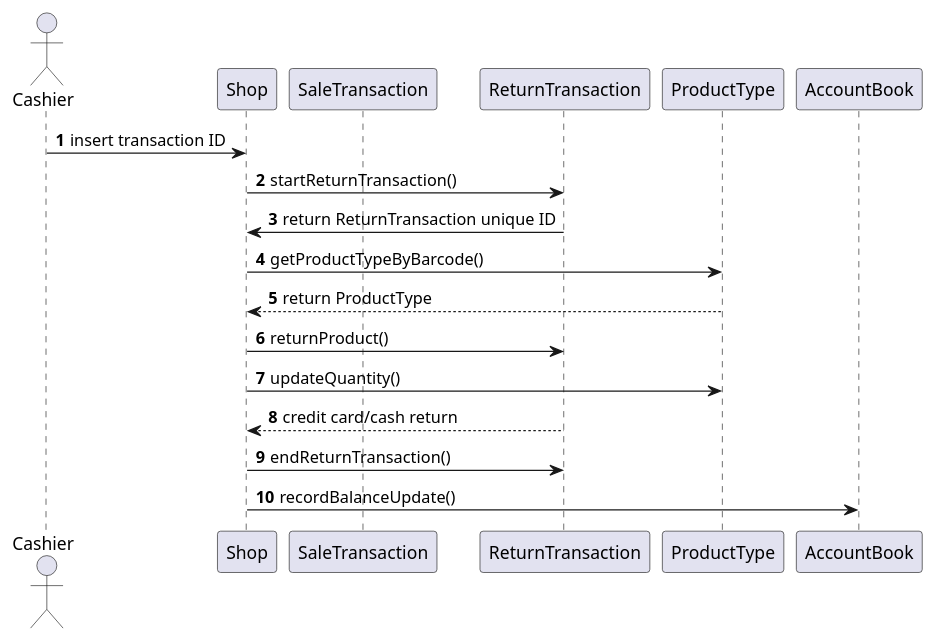
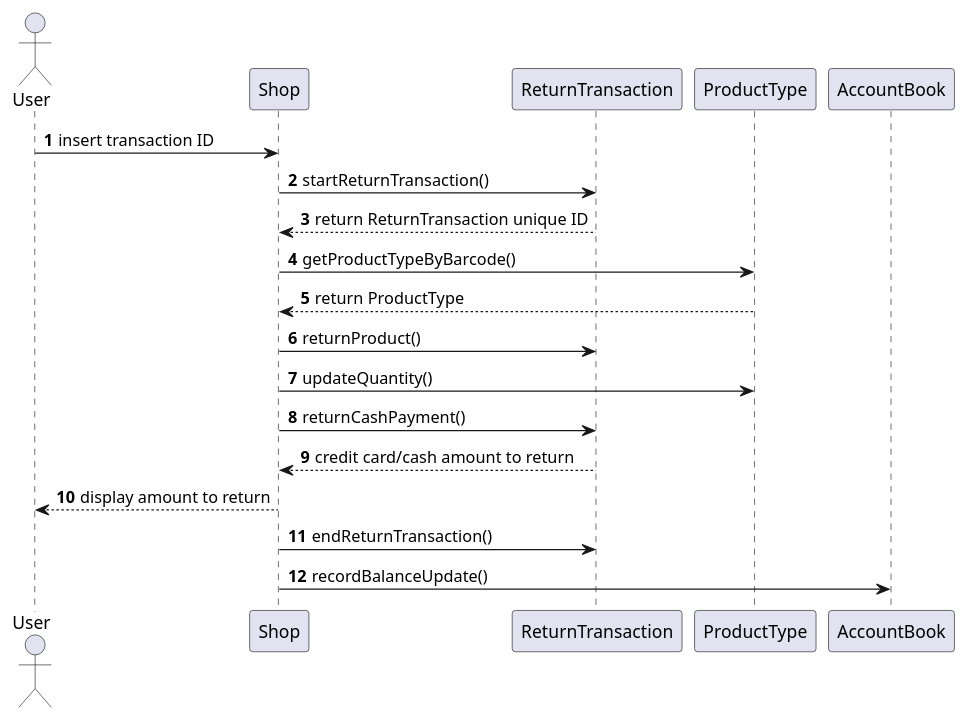
Diagram 16 of 17 in Deliverables/DesignDocument.md (b3xul/ezshop), drawn with PlantUML before and after one commit. The commit also changed other lines of this file, not shown here.

Commit message:
updated sequences

````diff
--- a/Deliverables/DesignDocument.md
+++ b/Deliverables/DesignDocument.md
@@ -570,24 +553,25 @@
 ```plantuml
 @startuml
 
-actor Cashier
+actor User
 participant Shop
-participant SaleTransaction
 participant ReturnTransaction
 participant ProductType
 participant AccountBook
 
 autonumber 
-Cashier -> Shop: insert transaction ID
+User -> Shop: insert transaction ID
 Shop -> ReturnTransaction: startReturnTransaction()
-ReturnTransaction -> Shop: return ReturnTransaction unique ID
+ReturnTransaction --> Shop: return ReturnTransaction unique ID
 Shop -> ProductType: getProductTypeByBarcode()
 ProductType --> Shop: return ProductType
 Shop -> ReturnTransaction: returnProduct()
 Shop -> ProductType: updateQuantity()
-ReturnTransaction --> Shop: credit card/cash return
+Shop -> ReturnTransaction: returnCashPayment()
+ReturnTransaction --> Shop: credit card/cash amount to return
+Shop --> User: display amount to return
 Shop -> ReturnTransaction: endReturnTransaction()
 Shop -> AccountBook: recordBalanceUpdate()
 
 @enduml
 ```
````
